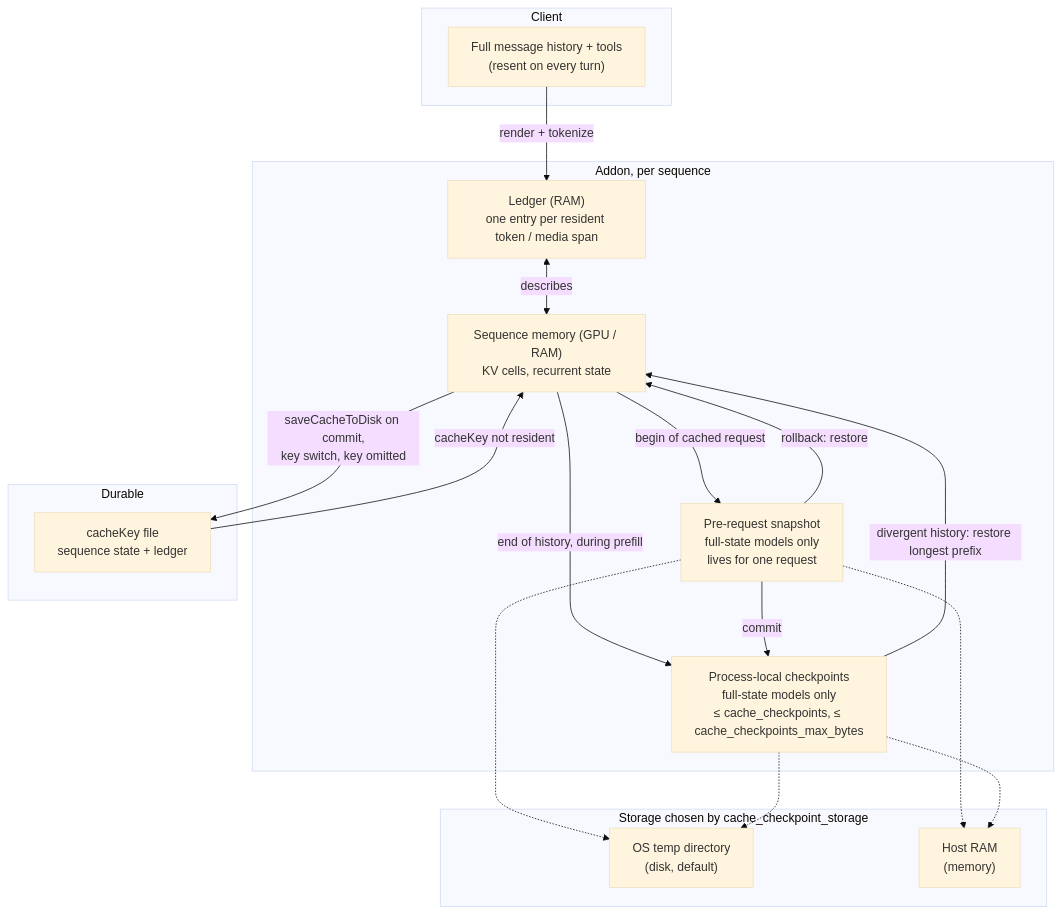
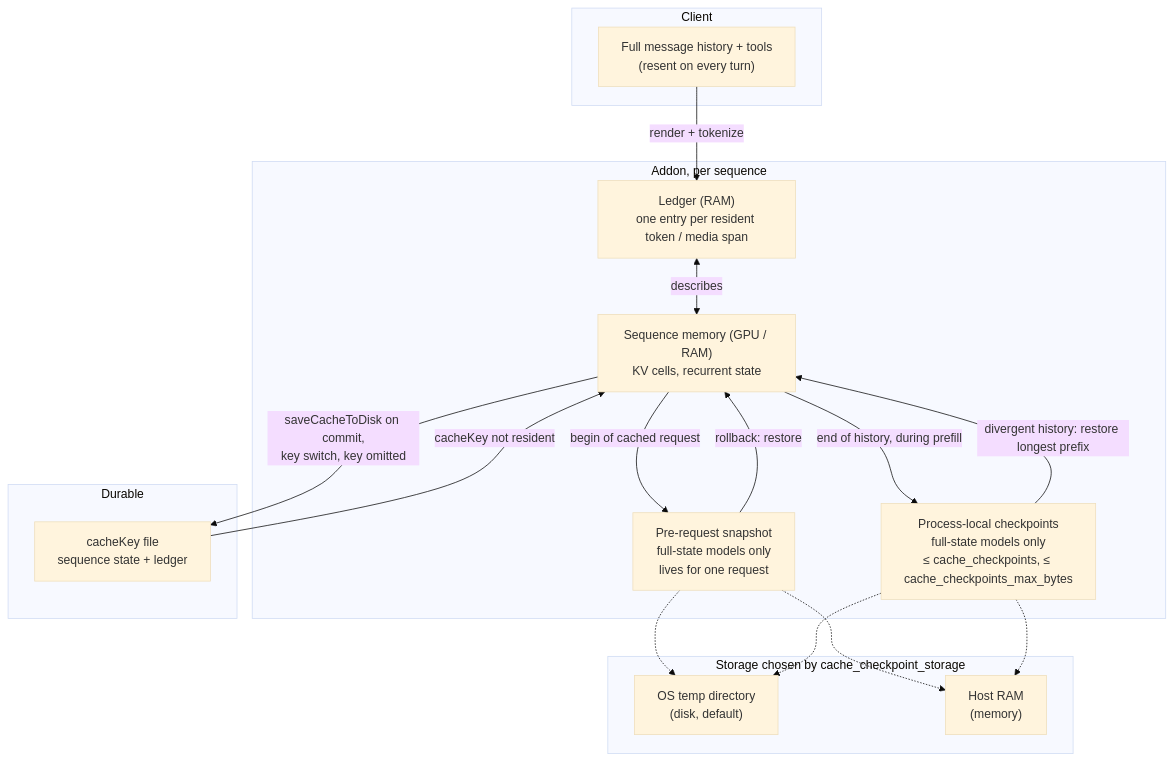
The first of 6 diagrams in packages/llm-llamacpp/docs/cache-lifecycle.md (tetherto/qvac), drawn with Mermaid (base theme) before and after one commit. The commit also changed other lines of this file and 13 other files, not shown here.

````diff
--- a/packages/llm-llamacpp/docs/cache-lifecycle.md
+++ b/packages/llm-llamacpp/docs/cache-lifecycle.md
@@ -11,36 +11,35 @@
 ```mermaid
 graph TB
     subgraph Client
         HIST["Full message history + tools<br/>(resent on every turn)"]
     end
 
     subgraph "Addon, per sequence"
         LEDGER["Ledger (RAM)<br/>one entry per resident token / media span"]
         KV["Sequence memory (GPU / RAM)<br/>KV cells, recurrent state"]
         SNAP["Pre-request snapshot<br/>full-state models only<br/>lives for one request"]
         CKPT["Process-local checkpoints<br/>full-state models only<br/>≤ cache_checkpoints, ≤ cache_checkpoints_max_bytes"]
     end
 
     subgraph "Storage chosen by cache_checkpoint_storage"
         TMPD["OS temp directory<br/>(disk, default)"]
         HRAM["Host RAM<br/>(memory)"]
     end
 
     subgraph "Durable"
         FILE["cacheKey file<br/>sequence state + ledger"]
     end
 
     HIST -->|render + tokenize| LEDGER
     LEDGER <-->|describes| KV
     KV -->|begin of cached request| SNAP
     KV -->|end of history, during prefill| CKPT
-    SNAP -->|commit| CKPT
     SNAP -->|rollback: restore| KV
     CKPT -->|divergent history: restore longest prefix| KV
     SNAP -.-> TMPD
     SNAP -.-> HRAM
     CKPT -.-> TMPD
     CKPT -.-> HRAM
     KV -->|saveCacheToDisk on commit,<br/>key switch, key omitted| FILE
     FILE -->|cacheKey not resident| KV
 ```
````
